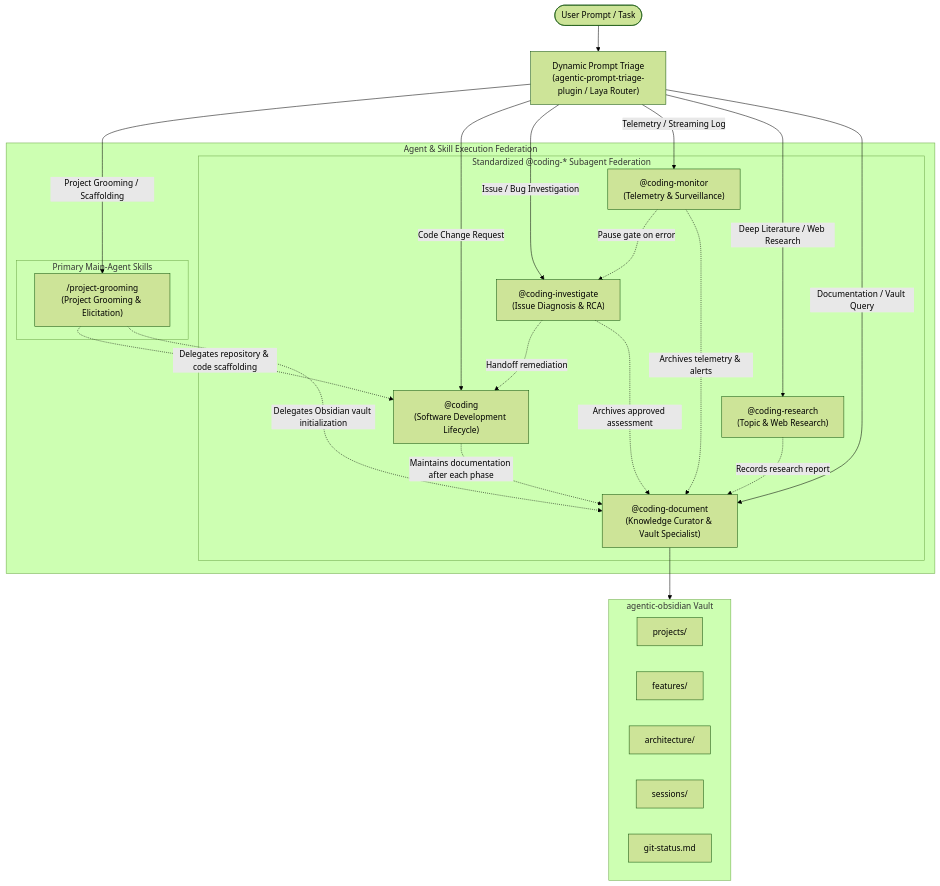
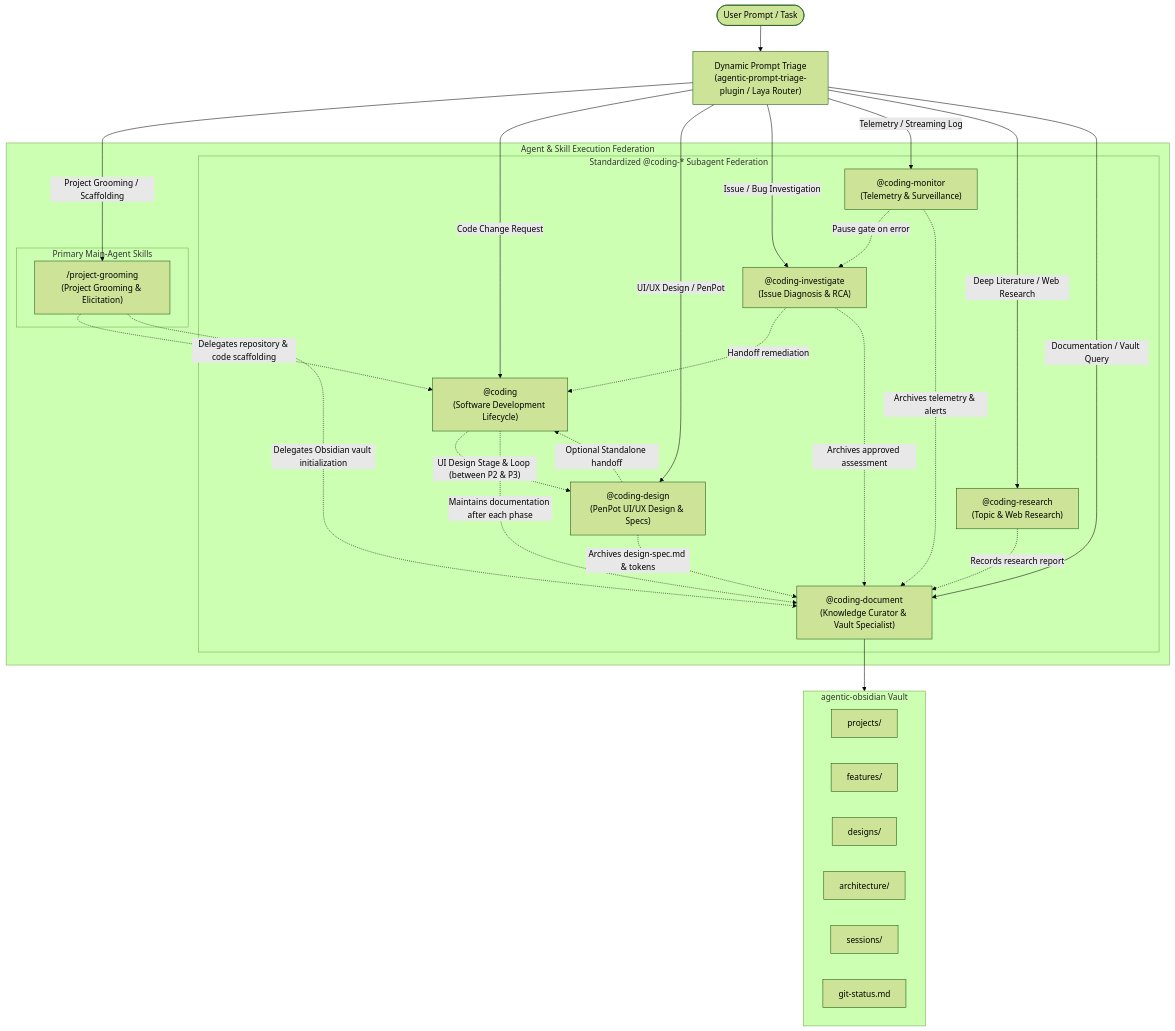
Before and after one commit to gpfister/agentic-obsidian: the diagram in architecture/overview.md, drawn with Mermaid (forest theme). The commit also changed other lines of this file and 36 other files, not shown here.

````diff
--- a/architecture/overview.md
+++ b/architecture/overview.md
@@ -26,44 +26,50 @@
 ```mermaid
 flowchart TD
     User(["User Prompt / Task"]) --> Triage["Dynamic Prompt Triage<br/>(agentic-prompt-triage-plugin / Laya Router)"]
     
     subgraph Execution["Agent & Skill Execution Federation"]
         subgraph Subagents["Standardized @coding-* Subagent Federation"]
             Orch["@coding<br/>(Software Development Lifecycle)"]
+            Design["@coding-design<br/>(PenPot UI/UX Design & Specs)"]
             Investigate["@coding-investigate<br/>(Issue Diagnosis & RCA)"]
             Monitor["@coding-monitor<br/>(Telemetry & Surveillance)"]
             Research["@coding-research<br/>(Topic & Web Research)"]
             Document["@coding-document<br/>(Knowledge Curator & Vault Specialist)"]
         end
         subgraph Skills["Primary Main-Agent Skills"]
             Grooming["/project-grooming<br/>(Project Grooming & Elicitation)"]
         end
     end
 
     Triage -->|Project Grooming / Scaffolding| Grooming
     Triage -->|Code Change Request| Orch
+    Triage -->|UI/UX Design / PenPot| Design
     Triage -->|Issue / Bug Investigation| Investigate
     Triage -->|Telemetry / Streaming Log| Monitor
     Triage -->|Deep Literature / Web Research| Research
     Triage -->|Documentation / Vault Query| Document
 
     %% Inter-subagent and skill collaborations
     Grooming -.->|Delegates repository & code scaffolding| Orch
     Grooming -.->|Delegates Obsidian vault initialization| Document
+    Orch -.->|"UI Design Stage & Loop (between P2 & P3)"| Design
     Orch -.->|Maintains documentation after each phase| Document
+    Design -.->|Optional Standalone handoff| Orch
+    Design -.->|Archives design-spec.md & tokens| Document
     Investigate -.->|Handoff remediation| Orch
     Investigate -.->|Archives approved assessment| Document
     Monitor -.->|Pause gate on error| Investigate
     Monitor -.->|Archives telemetry & alerts| Document
     Research -.->|Records research report| Document
 
     subgraph Vault["agentic-obsidian Vault"]
         DocProjects["projects/"]
         DocFeatures["features/"]
+        DocDesigns["designs/"]
         DocArch["architecture/"]
         DocSessions["sessions/"]
         DocGit["git-status.md"]
     end
 
     Document --> Vault
 ```
````
